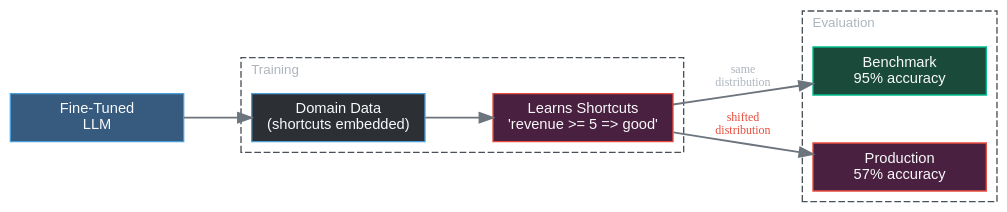
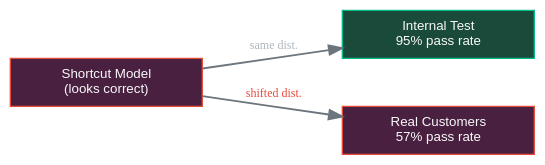
Before and after one commit to HongyuCao3/short-cut-aware-data-centric-reasoning: the second of 4 diagrams in docs/investor/problem.qmd, drawn with Graphviz. The commit also changed other lines of this file and 6 other files, not shown here.

````diff
--- a/docs/investor/problem.qmd
+++ b/docs/investor/problem.qmd
@@ -13,48 +35,22 @@
 ```{dot}
-//| label: fig-shortcut-problem
-//| fig-cap: "Shortcut learning: high benchmark scores mask production failures"
-//| fig-width: 7.5
-//| fig-height: 3
+//| label: fig-shortcut-eval
+//| fig-cap: "Result: benchmark pass, production fail"
+//| fig-width: 5.5
+//| fig-height: 2.5
 digraph G {
   bgcolor="transparent"
   rankdir=LR
-  graph [ranksep=0.7, nodesep=0.5]
+  graph [ranksep=0.6, nodesep=0.5]
   node [style=filled, fillcolor="#2c3035", color="#4a9eda",
-        fontcolor="#f8f9fa", fontname="Arial", fontsize=11,
-        shape=box, width=1.8, height=0.5, margin="0.15,0.08"]
+        fontcolor="#f8f9fa", fontname="Arial", fontsize=10,
+        shape=box, width=2.0, height=0.5, margin="0.12,0.08"]
   edge [color="#6c757d", penwidth=1.4]
 
-  LLM [label="Fine-Tuned\nLLM", fillcolor="#375a7f"]
+  Short [label="Shortcut Model\n(looks correct)", fillcolor="#4a2040", color="#e74c3c"]
+  Bench [label="Internal Test\n95% pass rate", fillcolor="#1a4a3a", color="#00bc8c"]
+  Prod  [label="Real Customers\n57% pass rate", fillcolor="#4a2040", color="#e74c3c"]
 
-  subgraph cluster_train {
-    label="Training"
-    labeljust=l
-    fontcolor="#adb5bd"
-    fontname="Arial"
-    fontsize=10
-    color="#495057"
-    style=dashed
-
-    Data [label="Domain Data\n(shortcuts embedded)"]
-    Short [label="Learns Shortcuts\n'revenue >= 5 => good'", fillcolor="#4a2040", color="#e74c3c"]
-  }
-
-  subgraph cluster_eval {
-    label="Evaluation"
-    labeljust=l
-    fontcolor="#adb5bd"
-    fontname="Arial"
-    fontsize=10
-    color="#495057"
-    style=dashed
-
-    Bench [label="Benchmark\n95% accuracy", fillcolor="#1a4a3a", color="#00bc8c"]
-    Prod  [label="Production\n57% accuracy", fillcolor="#4a2040", color="#e74c3c"]
-  }
-
-  LLM -> Data
-  Data -> Short
-  Short -> Bench [label="same\ndistribution", fontcolor="#adb5bd", fontsize=9]
-  Short -> Prod  [label="shifted\ndistribution", fontcolor="#e74c3c", fontsize=9]
+  Short -> Bench [label="  same dist.", fontcolor="#adb5bd", fontsize=9]
+  Short -> Prod  [label="  shifted dist.", fontcolor="#e74c3c", fontsize=9]
 }
 ```
````
